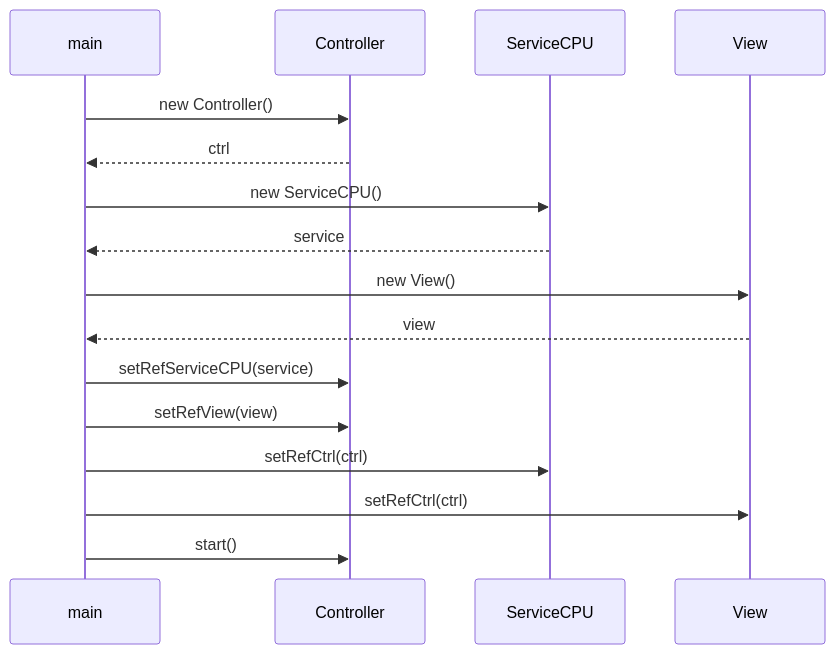
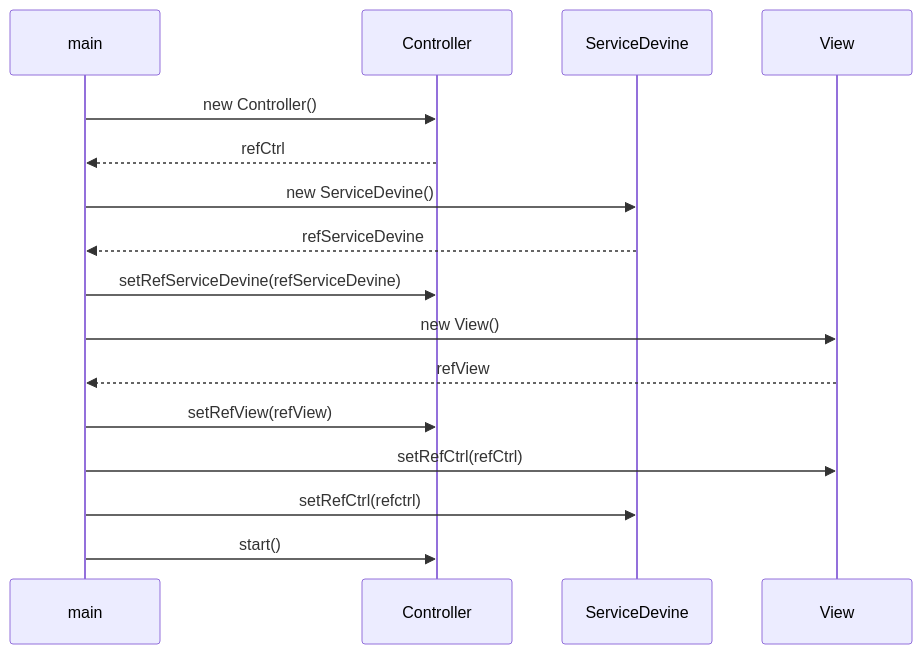
Before and after one commit to Python-Emeric-emf/Ex04-DevineMonNombre: the third of 6 diagrams in README.md, drawn with Mermaid. The commit also changed other lines of this file and 67 other files, not shown here.

````diff
--- a/README.md
+++ b/README.md
@@ -245,15 +112,15 @@
 ```mermaid
 sequenceDiagram
     participant main
     main->>Controller: new Controller()
-    Controller-->>main: ctrl
-    main->>ServiceCPU: new ServiceCPU()
-    ServiceCPU-->>main: service
+    Controller-->>main: refCtrl
+    main->>ServiceDevine: new ServiceDevine()
+    ServiceDevine-->>main: refServiceDevine
+    main->>Controller: setRefServiceDevine(refServiceDevine)
     main->>View: new View()
-    View-->>main: view
-    main->>Controller: setRefServiceCPU(service)
-    main->>Controller: setRefView(view)
-    main->>ServiceCPU: setRefCtrl(ctrl)
-    main->>View: setRefCtrl(ctrl)
+    View-->>main: refView
+    main->>Controller: setRefView(refView)
+    main->>View: setRefCtrl(refCtrl)
+    main->>ServiceDevine: setRefCtrl(refctrl)
     main->>Controller: start()
 ```
````
